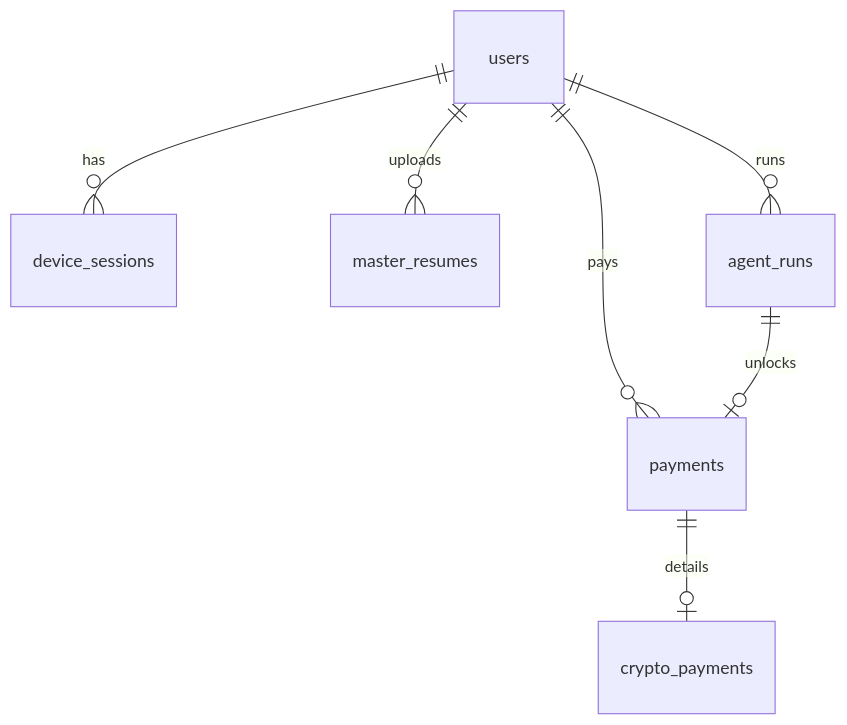
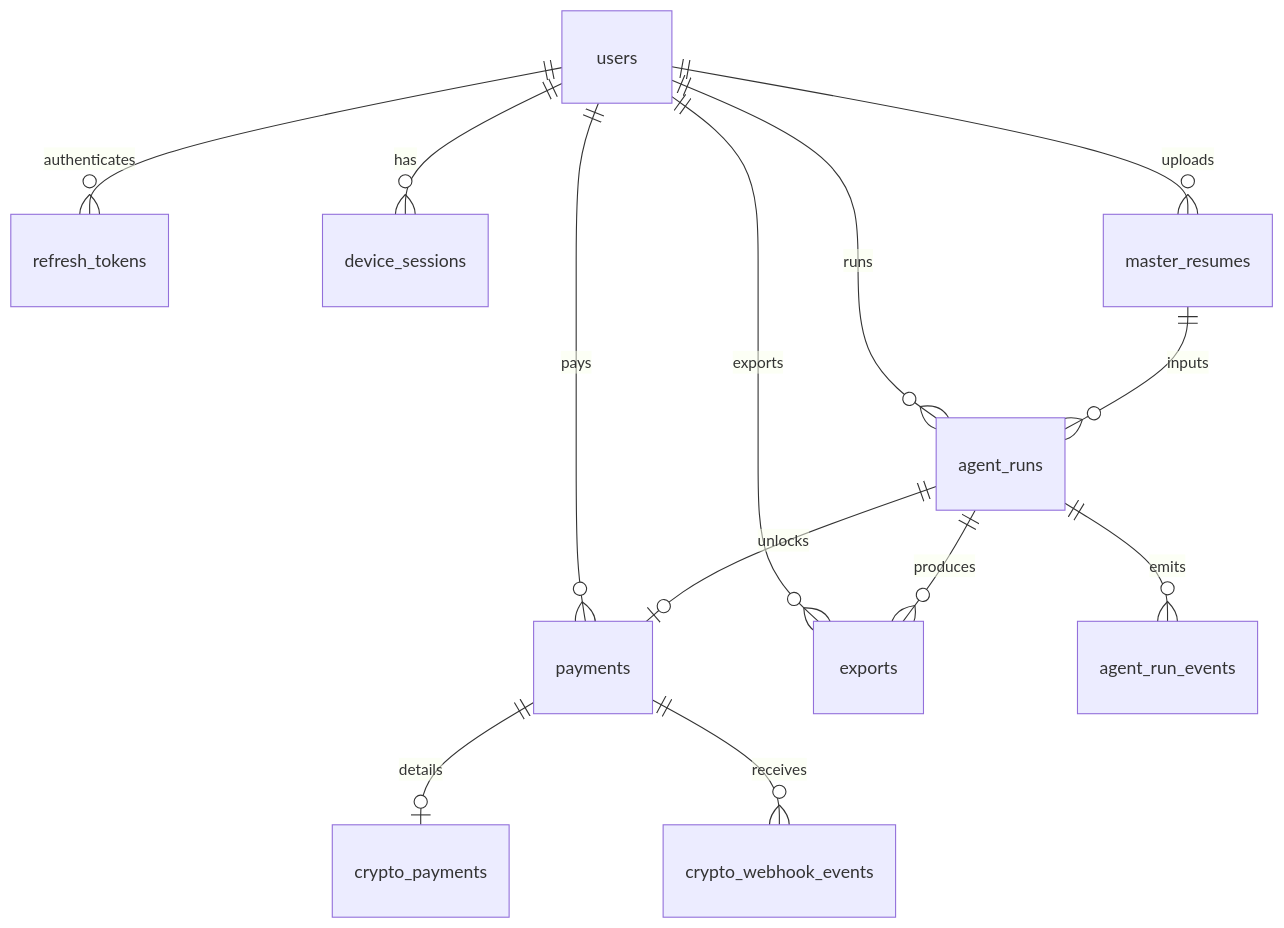
One commit to thatdudealso/resume-builder changed the diagram in docs/database/README.md. Above: the diagram before and after it, drawn with Mermaid. The commit also changed other lines of this file and 22 other files, not shown here.

Commit message:
Complete database schema export docs

````diff
--- a/docs/database/README.md
+++ b/docs/database/README.md
@@ -25,9 +35,15 @@
 ```mermaid
 erDiagram
+    users ||--o{ refresh_tokens : authenticates
     users ||--o{ device_sessions : has
     users ||--o{ master_resumes : uploads
     users ||--o{ agent_runs : runs
     users ||--o{ payments : pays
+    users ||--o{ exports : exports
+    master_resumes ||--o{ agent_runs : inputs
+    agent_runs ||--o{ agent_run_events : emits
+    agent_runs ||--o{ exports : produces
     agent_runs ||--o| payments : unlocks
     payments ||--o| crypto_payments : details
+    payments ||--o{ crypto_webhook_events : receives
 ```
````
